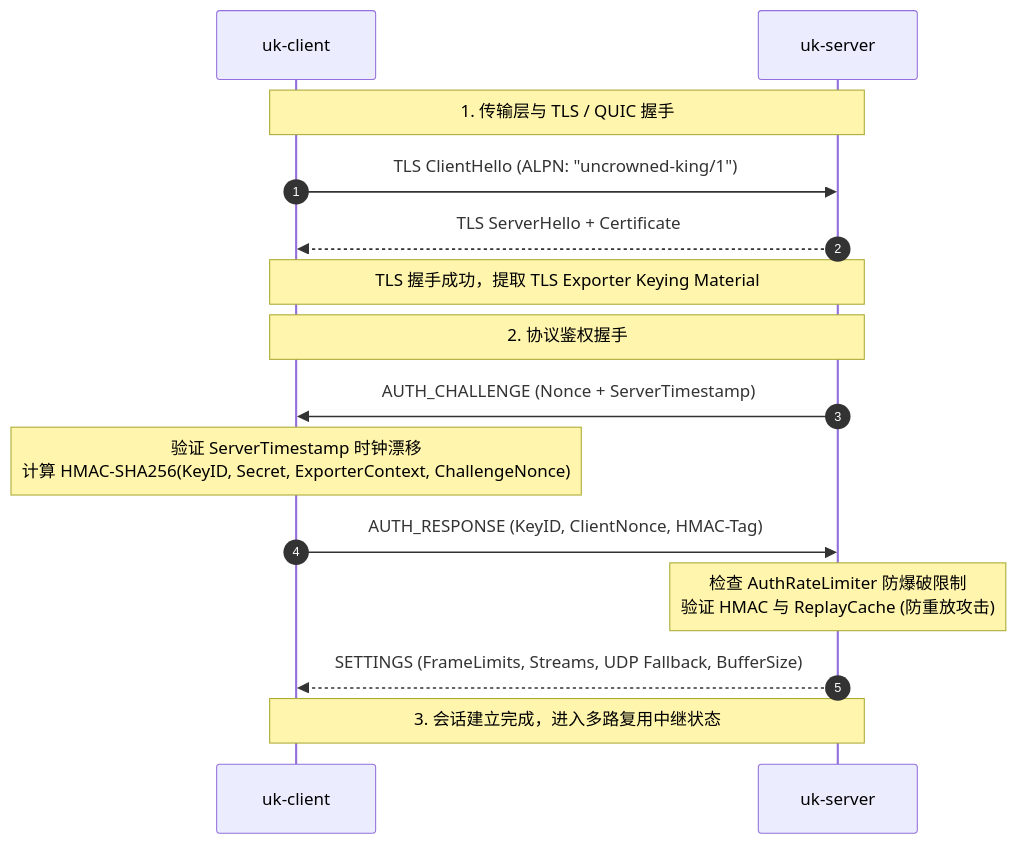
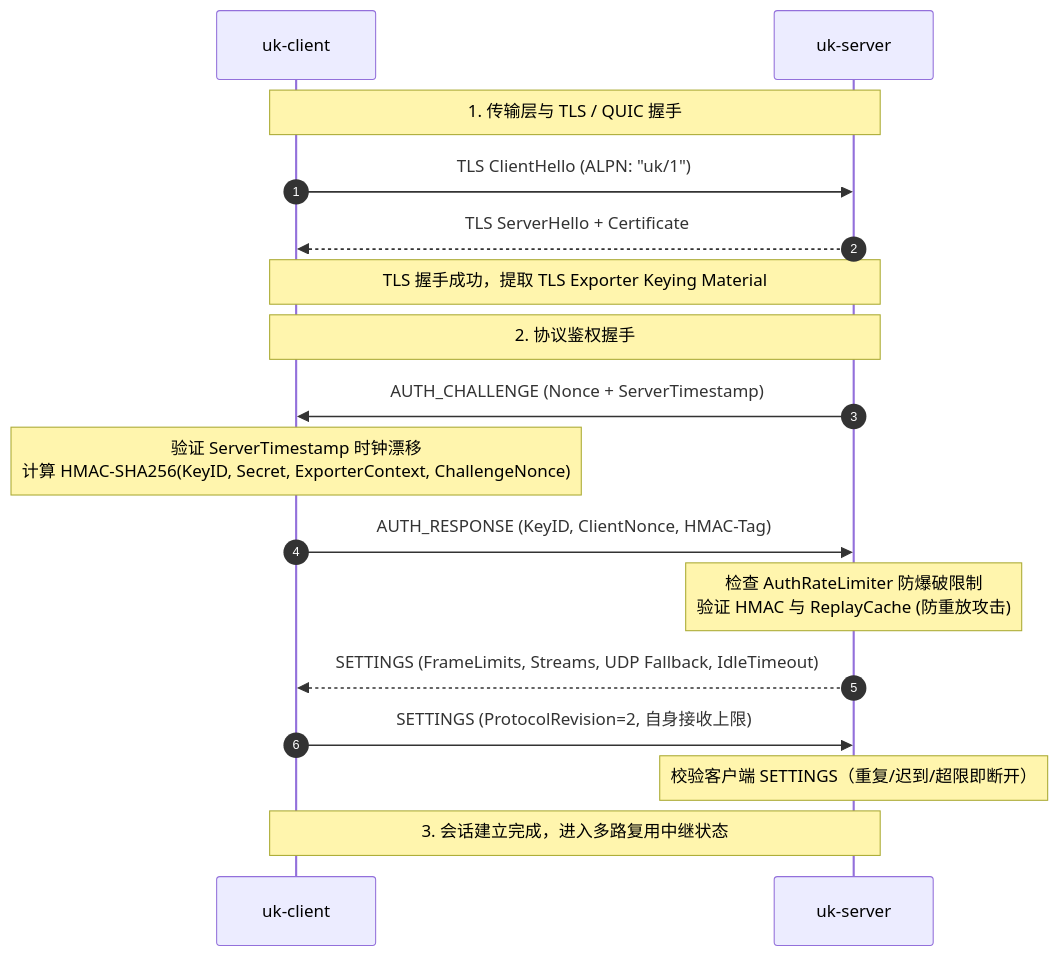
One commit to HappyLeslieAlexander/Uncrowned-King changed the third of 3 diagrams in docs/architecture.md. Above: the diagram before and after it, drawn with Mermaid. The commit also changed other lines of this file and 54 other files, not shown here.

````diff
--- a/docs/architecture.md
+++ b/docs/architecture.md
@@ -72,20 +72,22 @@
 ```mermaid
 sequenceDiagram
     autonumber
     participant Client as uk-client
     participant Server as uk-server
 
     Note over Client,Server: 1. 传输层与 TLS / QUIC 握手
-    Client->>Server: TLS ClientHello (ALPN: "uncrowned-king/1")
+    Client->>Server: TLS ClientHello (ALPN: "uk/1")
     Server-->>Client: TLS ServerHello + Certificate
     Note over Client,Server: TLS 握手成功，提取 TLS Exporter Keying Material
 
     Note over Client,Server: 2. 协议鉴权握手
     Server->>Client: AUTH_CHALLENGE (Nonce + ServerTimestamp)
     Note over Client: 验证 ServerTimestamp 时钟漂移<br/>计算 HMAC-SHA256(KeyID, Secret, ExporterContext, ChallengeNonce)
     Client->>Server: AUTH_RESPONSE (KeyID, ClientNonce, HMAC-Tag)
     Note over Server: 检查 AuthRateLimiter 防爆破限制<br/>验证 HMAC 与 ReplayCache (防重放攻击)
-    Server-->>Client: SETTINGS (FrameLimits, Streams, UDP Fallback, BufferSize)
+    Server-->>Client: SETTINGS (FrameLimits, Streams, UDP Fallback, IdleTimeout)
+    Client->>Server: SETTINGS (ProtocolRevision=2, 自身接收上限)
+    Note over Server: 校验客户端 SETTINGS（重复/迟到/超限即断开）
 
     Note over Client,Server: 3. 会话建立完成，进入多路复用中继状态
 ```
````
